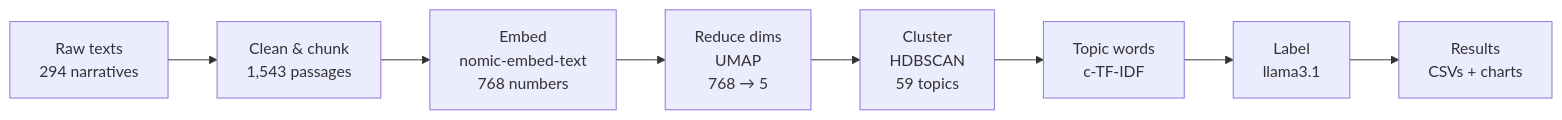
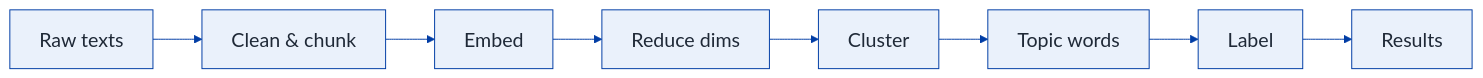
Before and after one commit to jinghanlib/topic-modeling-slave-narratives: the diagram in slides.qmd, drawn with Mermaid. The commit also changed 2 other files, not shown here.

Commit message:
Enlarge pipeline diagram on slides

````diff
--- a/slides.qmd
+++ b/slides.qmd
@@ -191,10 +191,11 @@
 ```{mermaid}
+%%{init: {'theme': 'base', 'themeVariables': {'fontSize': '20px', 'fontFamily': 'ui-sans-serif, system-ui, sans-serif', 'primaryColor': '#eaf1fb', 'primaryBorderColor': '#003da5', 'primaryTextColor': '#1f2937', 'lineColor': '#003da5'}}}%%
 flowchart LR
-    A["Raw texts\n294 narratives"] --> B["Clean & chunk\n1,543 passages"]
-    B --> C["Embed\nnomic-embed-text\n768 numbers"]
-    C --> D["Reduce dims\nUMAP\n768 → 5"]
-    D --> E["Cluster\nHDBSCAN\n59 topics"]
-    E --> F["Topic words\nc-TF-IDF"]
-    F --> G["Label\nllama3.1"]
-    G --> H["Results\nCSVs + charts"]
+    A["Raw texts"] --> B["Clean & chunk"]
+    B --> C["Embed"]
+    C --> D["Reduce dims"]
+    D --> E["Cluster"]
+    E --> F["Topic words"]
+    F --> G["Label"]
+    G --> H["Results"]
 ```
````
